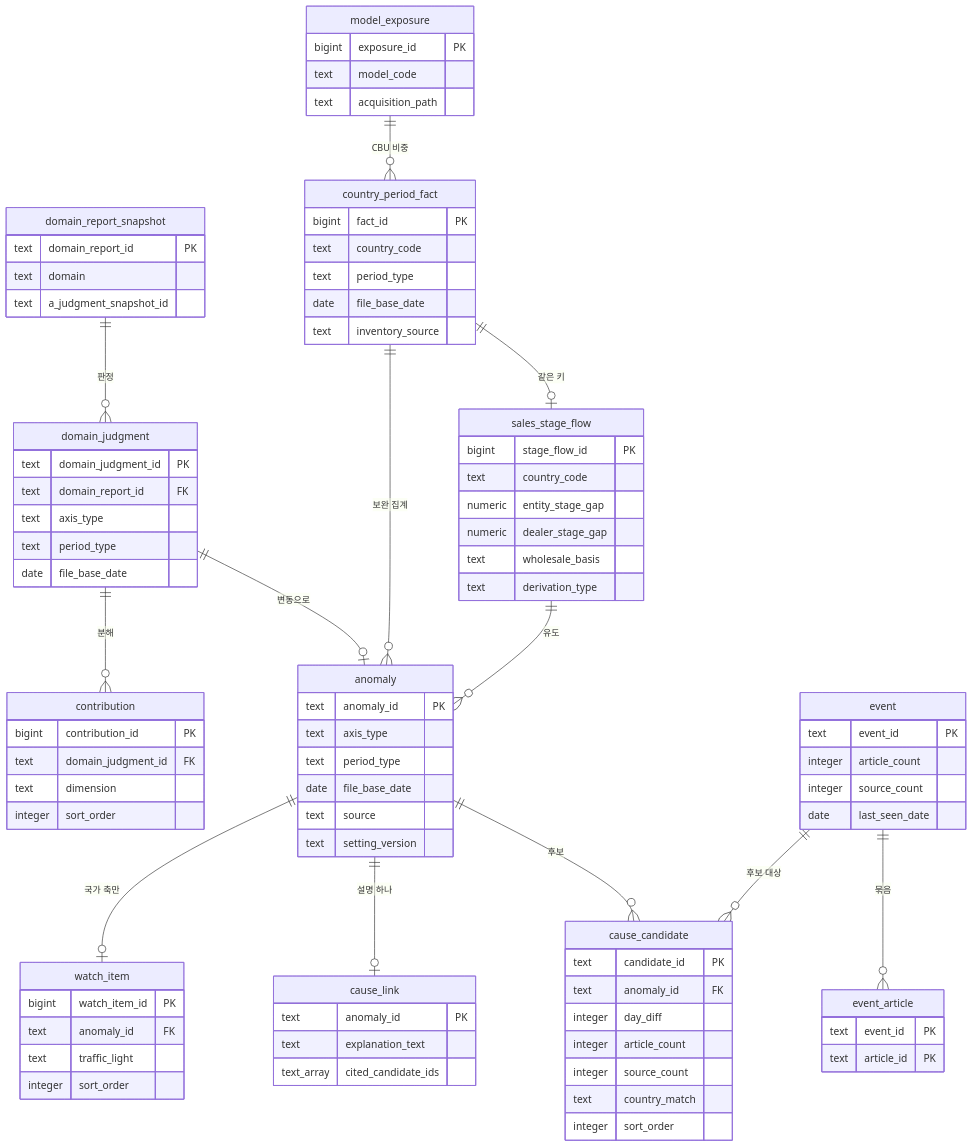
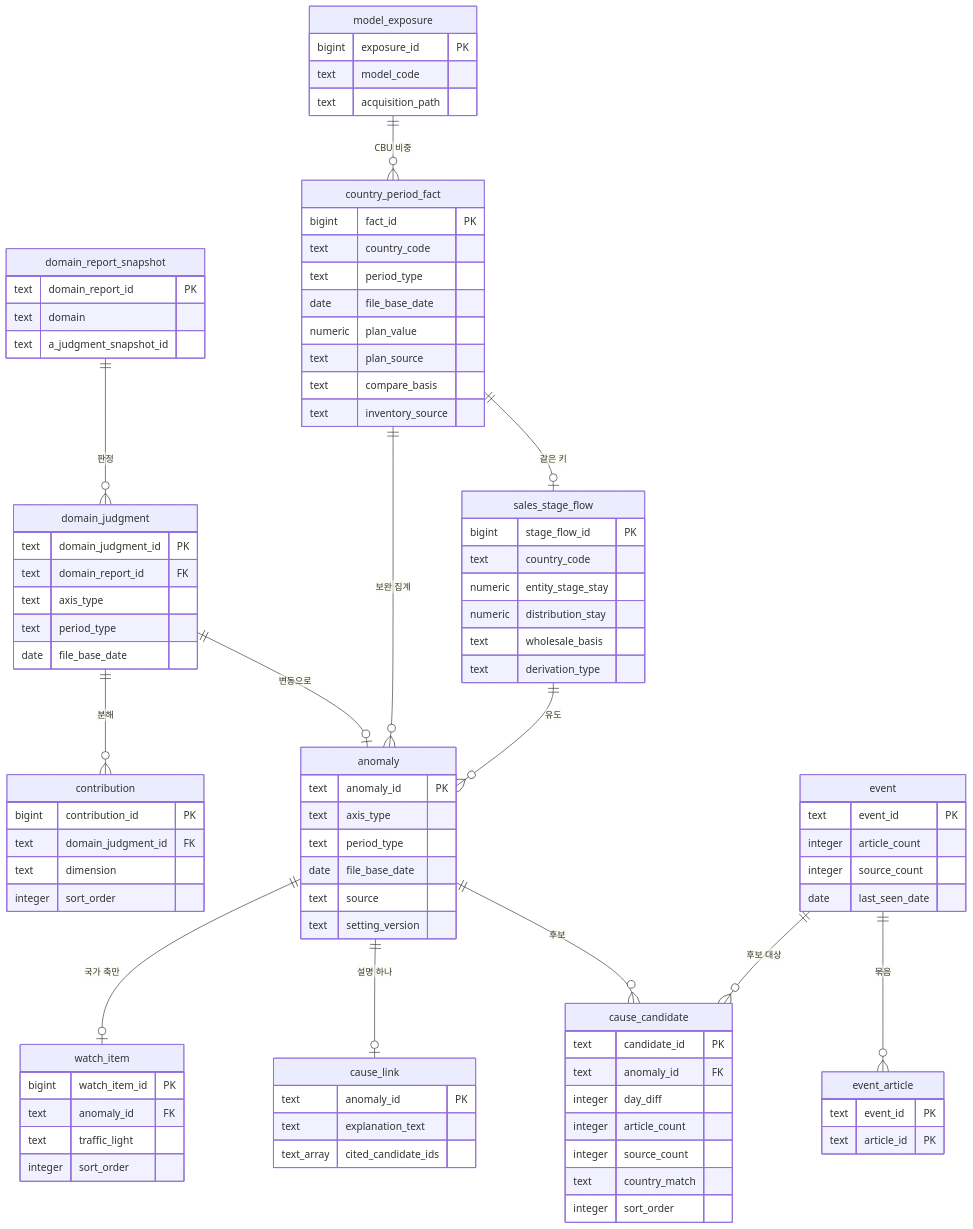
The fifth of 7 diagrams in docs/specs/06-DOM/TBL-DOM-003.md (HoyoungParkme/tableau_platform), drawn with Mermaid before and after one commit. The commit also changed other lines of this file, not shown here.

```diff
--- a/docs/specs/06-DOM/TBL-DOM-003.md
+++ b/docs/specs/06-DOM/TBL-DOM-003.md
@@ -268,13 +272,16 @@
     text country_code
     text period_type
     date file_base_date
+    numeric plan_value
+    text plan_source
+    text compare_basis
     text inventory_source
   }
   sales_stage_flow {
     bigint stage_flow_id PK
     text country_code
-    numeric entity_stage_gap
-    numeric dealer_stage_gap
+    numeric entity_stage_stay
+    numeric distribution_stay
     text wholesale_basis
     text derivation_type
   }
```
